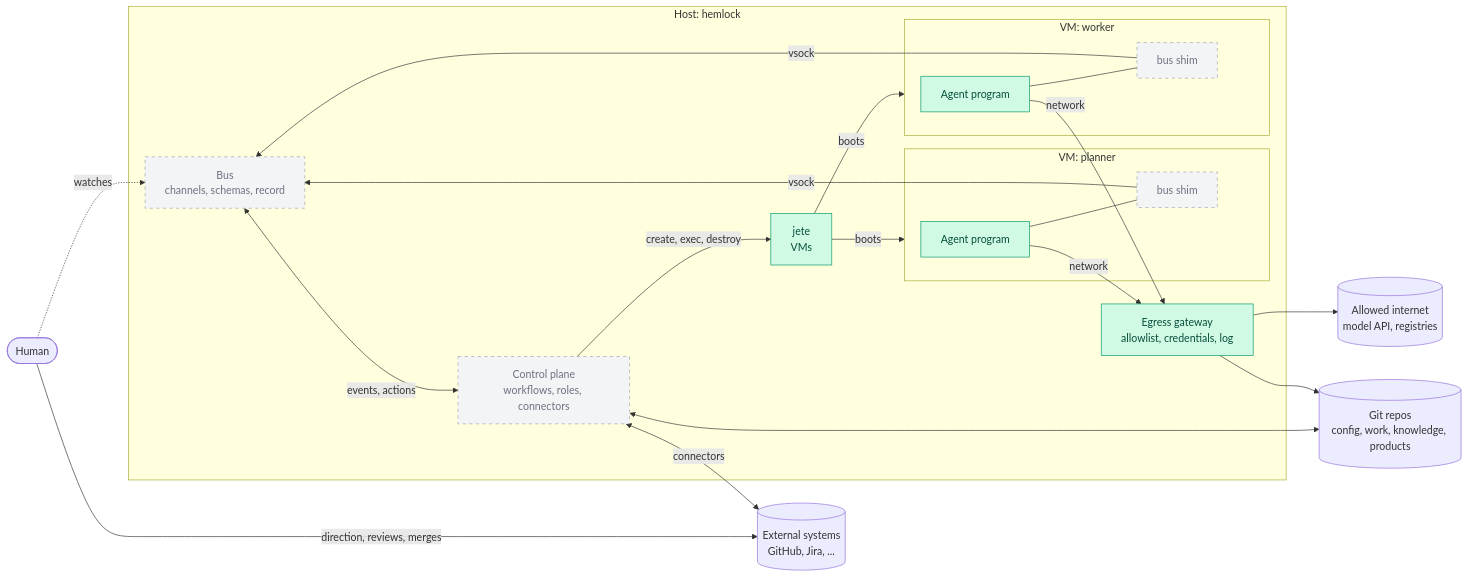
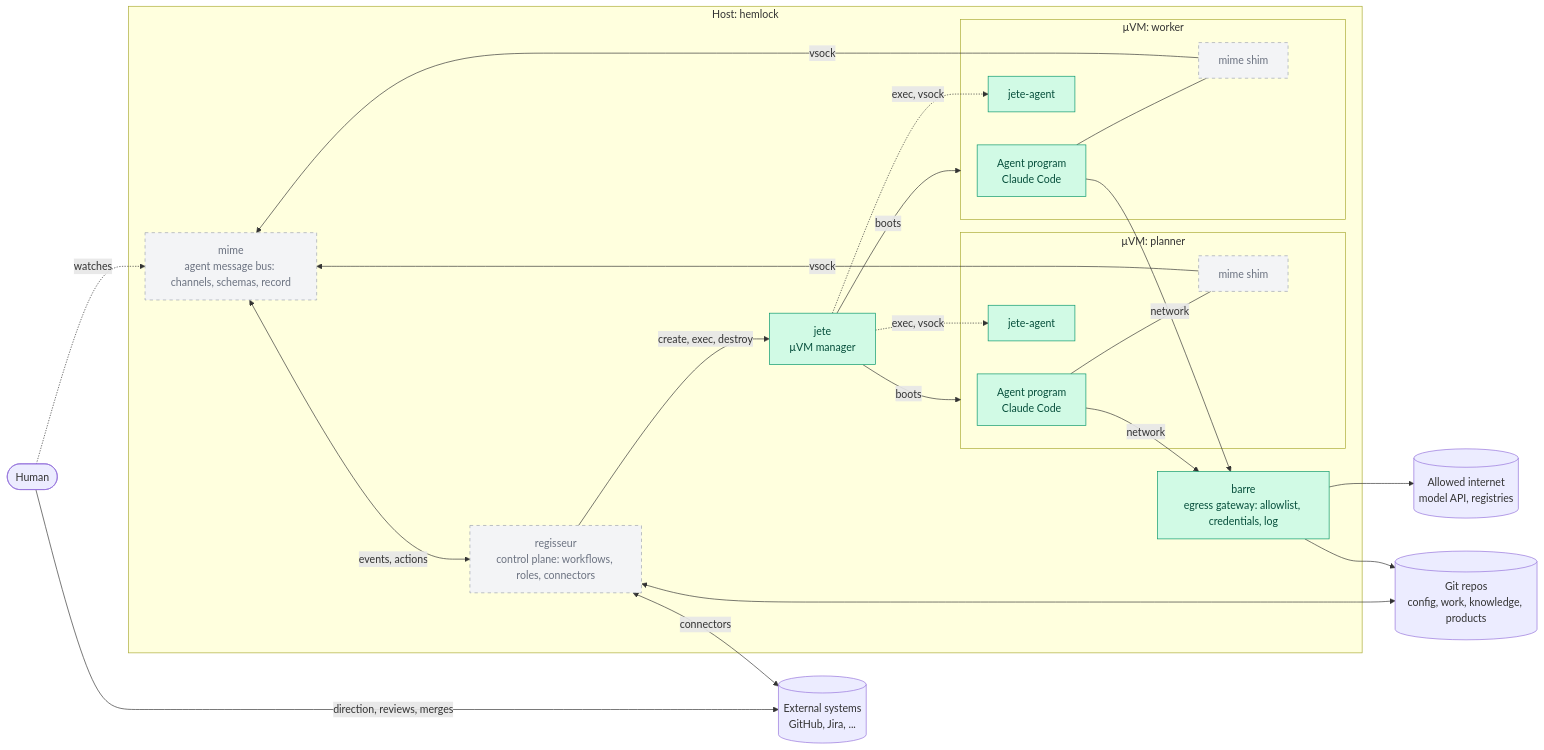
The first of 4 diagrams in docs/talks/2026-11-machinesdancing/slides.md (carloswestman/machinesdancing), drawn with Mermaid before and after one commit. The commit also changed other lines of this file, not shown here.

First line of the commit message:
talk: name every component in the big picture, and call VMs µVMs

````diff
--- a/docs/talks/2026-11-machinesdancing/slides.md
+++ b/docs/talks/2026-11-machinesdancing/slides.md
@@ -176,36 +177,39 @@
 ```mermaid
 flowchart LR
     human([Human])
     ext[(External systems<br/>GitHub, Jira, ...)]
     repos[(Git repos<br/>config, work, knowledge, products)]
     internet[(Allowed internet<br/>model API, registries)]
 
     subgraph host[Host: hemlock]
-        cp[Control plane<br/>workflows, roles, connectors]
-        bus[Bus<br/>channels, schemas, record]
-        gw[Egress gateway<br/>allowlist, credentials, log]
-        jete[jete<br/>VMs]
-        subgraph vm1[VM: planner]
-            a1[Agent program] --- s1[bus shim]
+        cp[regisseur<br/>control plane: workflows, roles, connectors]
+        bus[mime<br/>agent message bus: channels, schemas, record]
+        gw[barre<br/>egress gateway: allowlist, credentials, log]
+        jete[jete<br/>µVM manager]
+        subgraph vm1[µVM: planner]
+            a1[Agent program<br/>Claude Code] --- s1[mime shim]
+            j1[jete-agent]
         end
-        subgraph vm2[VM: worker]
-            a2[Agent program] --- s2[bus shim]
+        subgraph vm2[µVM: worker]
+            a2[Agent program<br/>Claude Code] --- s2[mime shim]
+            j2[jete-agent]
         end
     end
 
     human -- direction, reviews, merges --> ext
     human -. watches .-> bus
     cp -- create, exec, destroy --> jete
     jete -- boots --> vm1 & vm2
+    jete -. exec, vsock .-> j1 & j2
     s1 & s2 -- vsock --> bus
     bus <-- events, actions --> cp
     cp <-- connectors --> ext
     cp <--> repos
     a1 & a2 -- network --> gw
     gw --> internet & repos
 
     classDef built fill:#d1fae5,stroke:#059669,color:#064e3b
     classDef planned fill:#f3f4f6,stroke:#9ca3af,stroke-dasharray:5 5,color:#6b7280
-    class jete,gw,a1,a2 built
+    class jete,gw,a1,a2,j1,j2 built
     class cp,bus,s1,s2 planned
 ```
````
